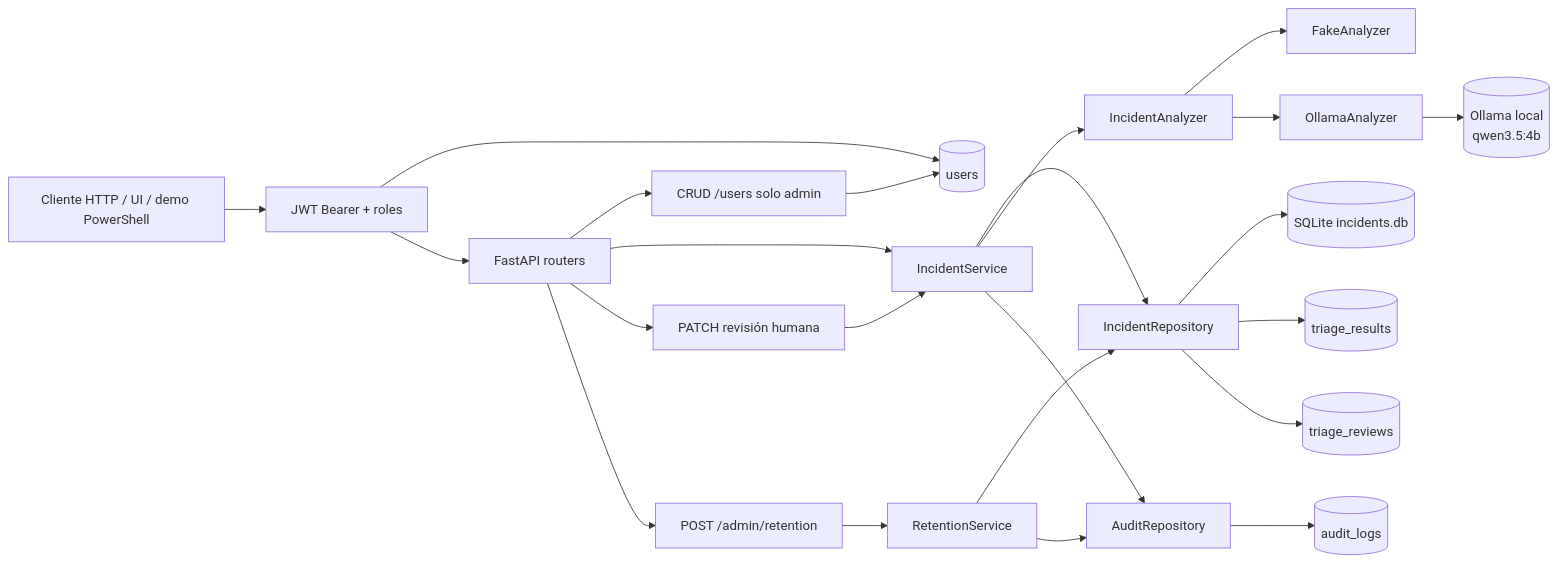
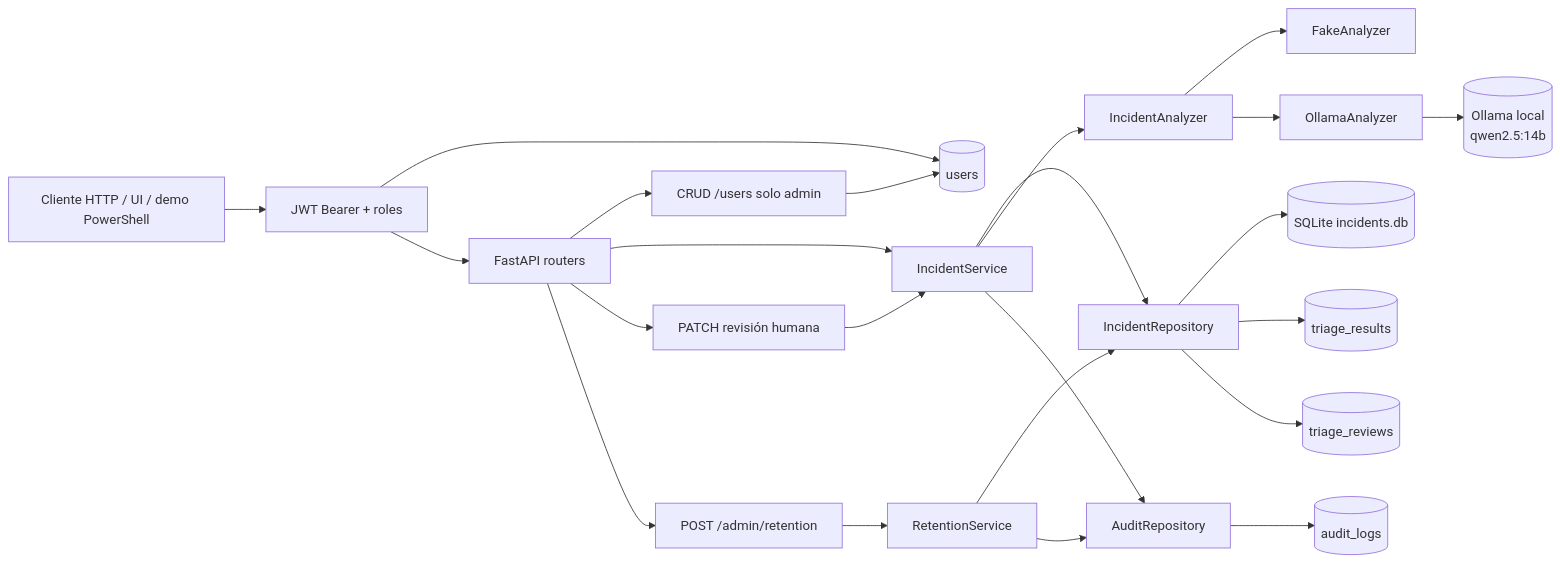
The diagram in README.md (asobrados03/ai-incident-triage), drawn with Mermaid before and after one commit. The commit also changed other lines of this file and 4 other files, not shown here.

````diff
--- a/README.md
+++ b/README.md
@@ -26,25 +26,25 @@
 ```mermaid
 flowchart LR
     Client[Cliente HTTP / UI / demo PowerShell] --> Auth[JWT Bearer + roles]
     Auth --> Users[(users)]
     Auth --> API[FastAPI routers]
     API --> UsersAPI[CRUD /users solo admin]
     UsersAPI --> Users
     API --> Service[IncidentService]
     Service --> Repo[IncidentRepository]
     Repo --> SQLite[(SQLite incidents.db)]
     Service --> Analyzer[IncidentAnalyzer]
     Analyzer --> Fake[FakeAnalyzer]
     Analyzer --> Ollama[OllamaAnalyzer]
-    Ollama --> Runtime[(Ollama local\nqwen3.5:4b)]
+    Ollama --> Runtime[(Ollama local\nqwen2.5:14b)]
     API --> Review[PATCH revisión humana]
     Review --> Service
     Repo --> Triage[(triage_results)]
     Repo --> Reviews[(triage_reviews)]
     Service --> Audit[AuditRepository]
     Audit --> AuditLogs[(audit_logs)]
     API --> Retention[POST /admin/retention]
     Retention --> RetentionService[RetentionService]
     RetentionService --> Repo
     RetentionService --> Audit
 ```
````
